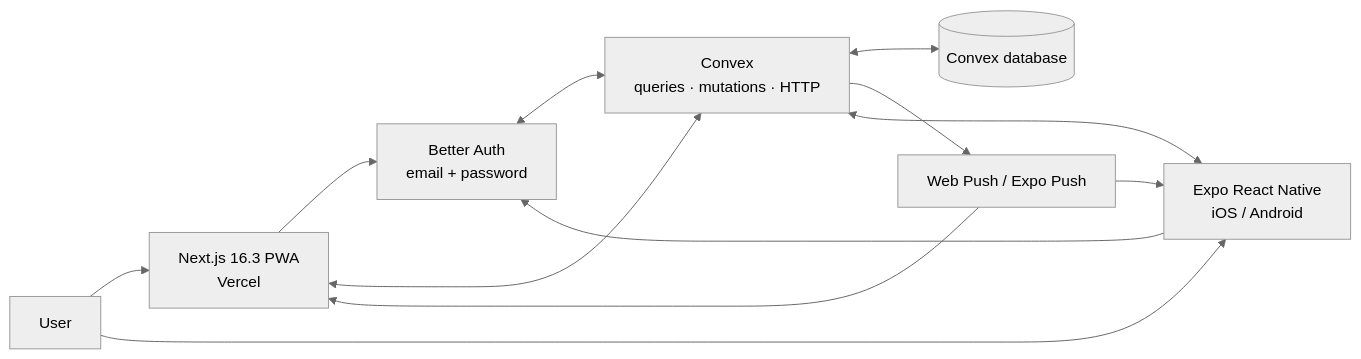
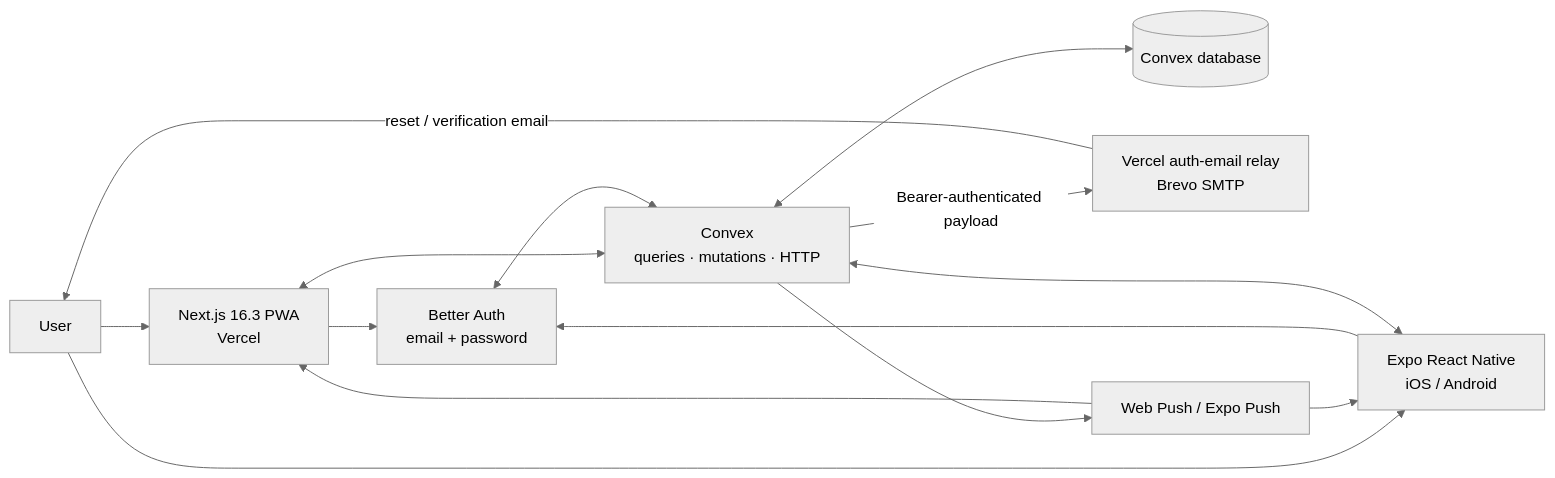
One commit to Seyamalam/pstu_final changed the first of 7 diagrams in architecture.md. Above: the diagram before and after it, drawn with Mermaid (neutral theme). The commit also changed other lines of this file and 3 other files, not shown here.

Commit message:
docs: record release architecture and coverage

````diff
--- a/architecture.md
+++ b/architecture.md
@@ -7,22 +7,25 @@
 ```mermaid
 flowchart LR
     U[User]
     W[Next.js 16.3 PWA<br/>Vercel]
     M[Expo React Native<br/>iOS / Android]
     A[Better Auth<br/>email + password]
     C[Convex<br/>queries · mutations · HTTP]
     D[(Convex database)]
+    E[Vercel auth-email relay<br/>Brevo SMTP]
     P[Web Push / Expo Push]
 
     U --> W
     U --> M
     W --> A
     M --> A
     W <--> C
     M <--> C
     A <--> C
     C <--> D
+    C -->|Bearer-authenticated payload| E
+    E -->|reset / verification email| U
     C --> P
     P --> W
     P --> M
 ```
````
